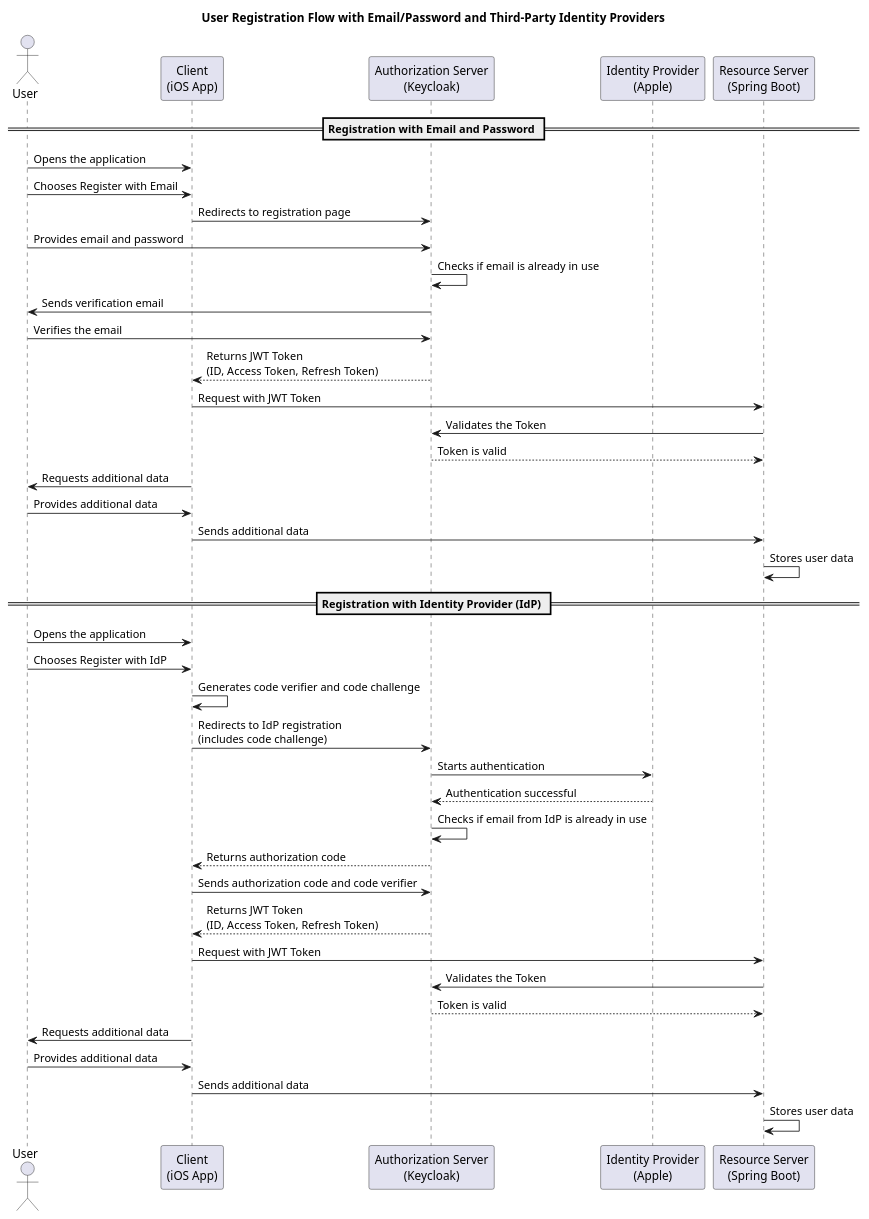
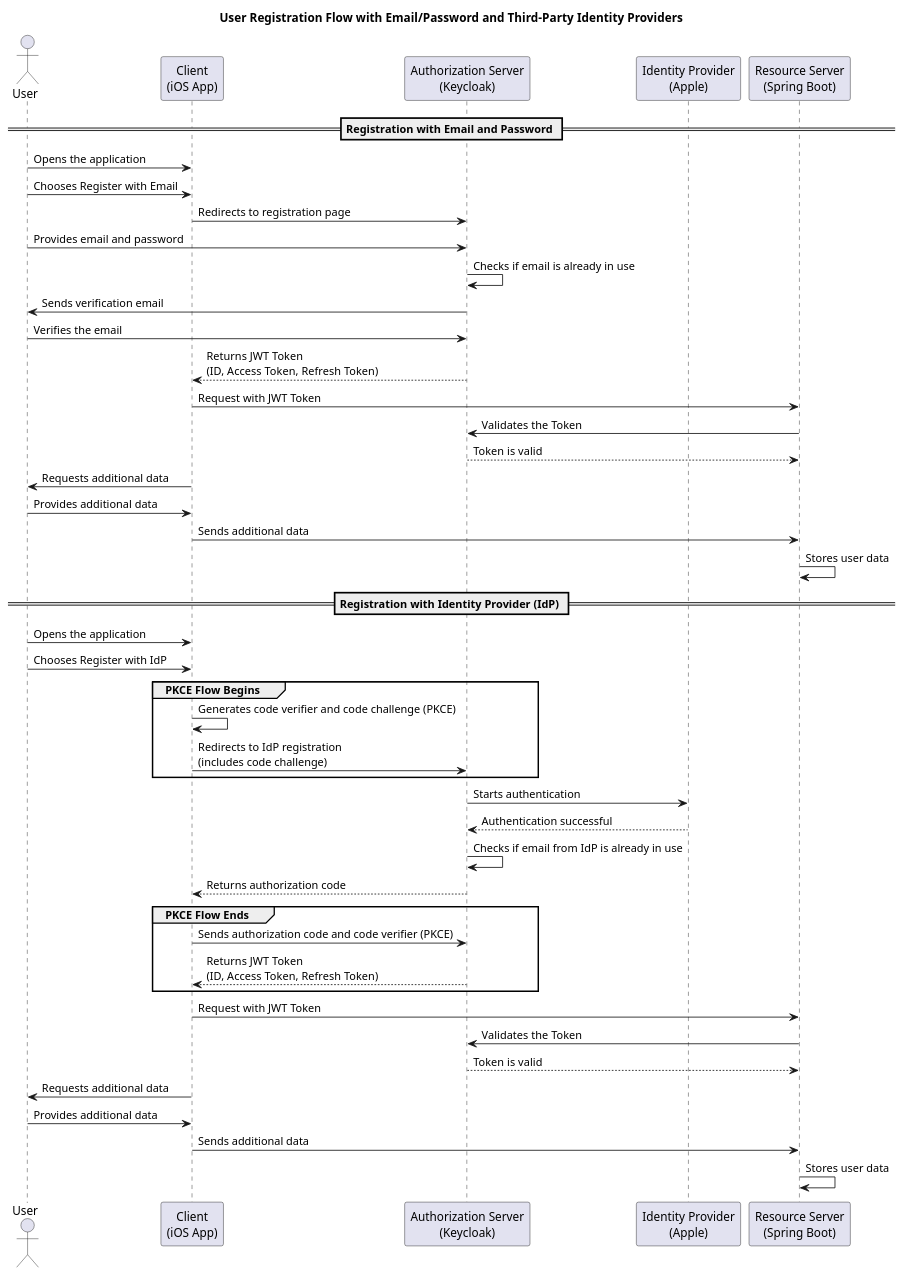
Before and after one commit to eagle-head/drink-water-api: the diagram in docs/user_registration_flow.puml, drawn with PlantUML.

Commit message:
Add explicit PKCE to UML sequence diagram.

```diff
--- a/docs/user_registration_flow.puml
+++ b/docs/user_registration_flow.puml
@@ -1,52 +1,60 @@
 @startuml
 title User Registration Flow with Email/Password and Third-Party Identity Providers
 
 actor User
 participant "Client\n(iOS App)" as App
 participant "Authorization Server\n(Keycloak)" as AuthServer
 participant "Identity Provider\n(Apple)" as IdP
 participant "Resource Server\n(Spring Boot)" as API
 
 == Registration with Email and Password ==
 
 User -> App: Opens the application
 User -> App: Chooses Register with Email
 App -> AuthServer: Redirects to registration page
 User -> AuthServer: Provides email and password
 AuthServer -> AuthServer: Checks if email is already in use
 AuthServer -> User: Sends verification email
 User -> AuthServer: Verifies the email
 AuthServer --> App: Returns JWT Token\n(ID, Access Token, Refresh Token)
 
 App -> API: Request with JWT Token
 API -> AuthServer: Validates the Token
 AuthServer --> API: Token is valid
 
 App -> User: Requests additional data
 User -> App: Provides additional data
 App -> API: Sends additional data
 API -> API: Stores user data
 
 == Registration with Identity Provider (IdP) ==
 
 User -> App: Opens the application
 User -> App: Chooses Register with IdP
-App -> App: Generates code verifier and code challenge
+
+group PKCE Flow Begins
+App -> App: Generates code verifier and code challenge (PKCE)
 App -> AuthServer: Redirects to IdP registration\n(includes code challenge)
+end
+
 AuthServer -> IdP: Starts authentication
 IdP --> AuthServer: Authentication successful
 AuthServer -> AuthServer: Checks if email from IdP is already in use
+
 AuthServer --> App: Returns authorization code
-App -> AuthServer: Sends authorization code and code verifier
+
+group PKCE Flow Ends
+App -> AuthServer: Sends authorization code and code verifier (PKCE)
 AuthServer --> App: Returns JWT Token\n(ID, Access Token, Refresh Token)
+end
 
 App -> API: Request with JWT Token
 API -> AuthServer: Validates the Token
 AuthServer --> API: Token is valid
 
 App -> User: Requests additional data
 User -> App: Provides additional data
 App -> API: Sends additional data
 API -> API: Stores user data
 
 @enduml
```
